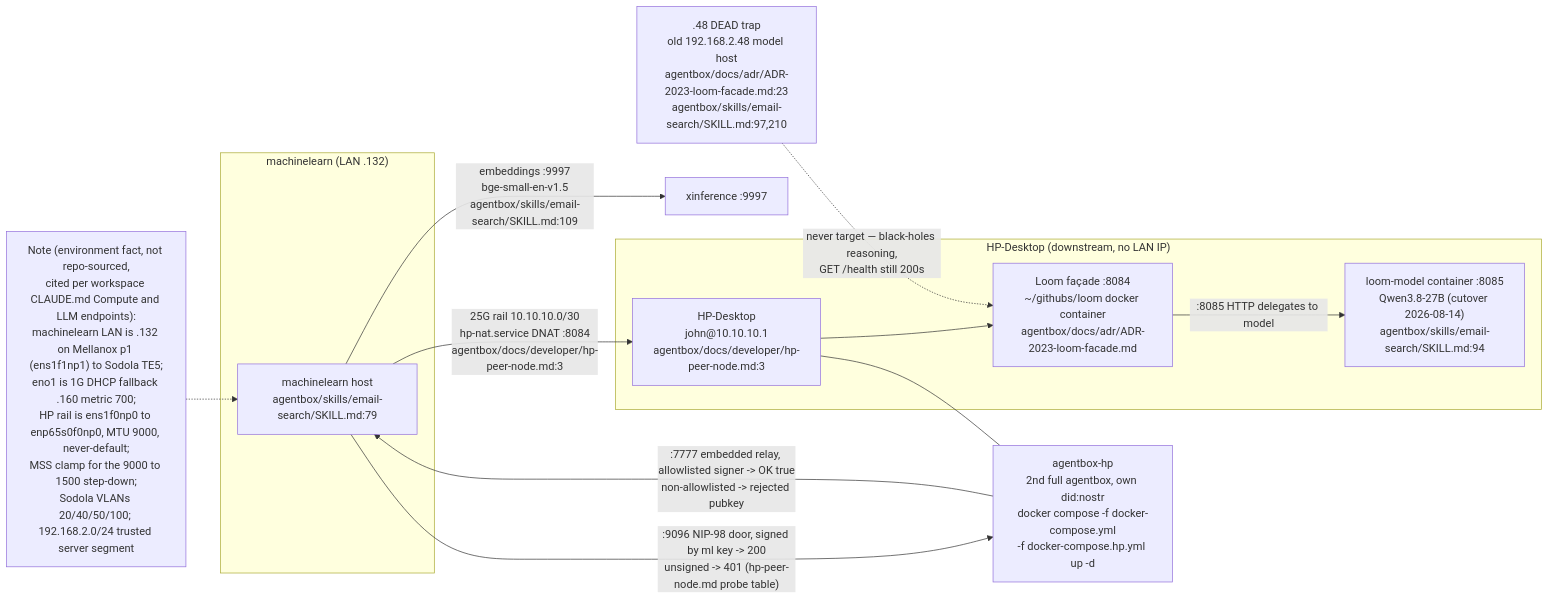
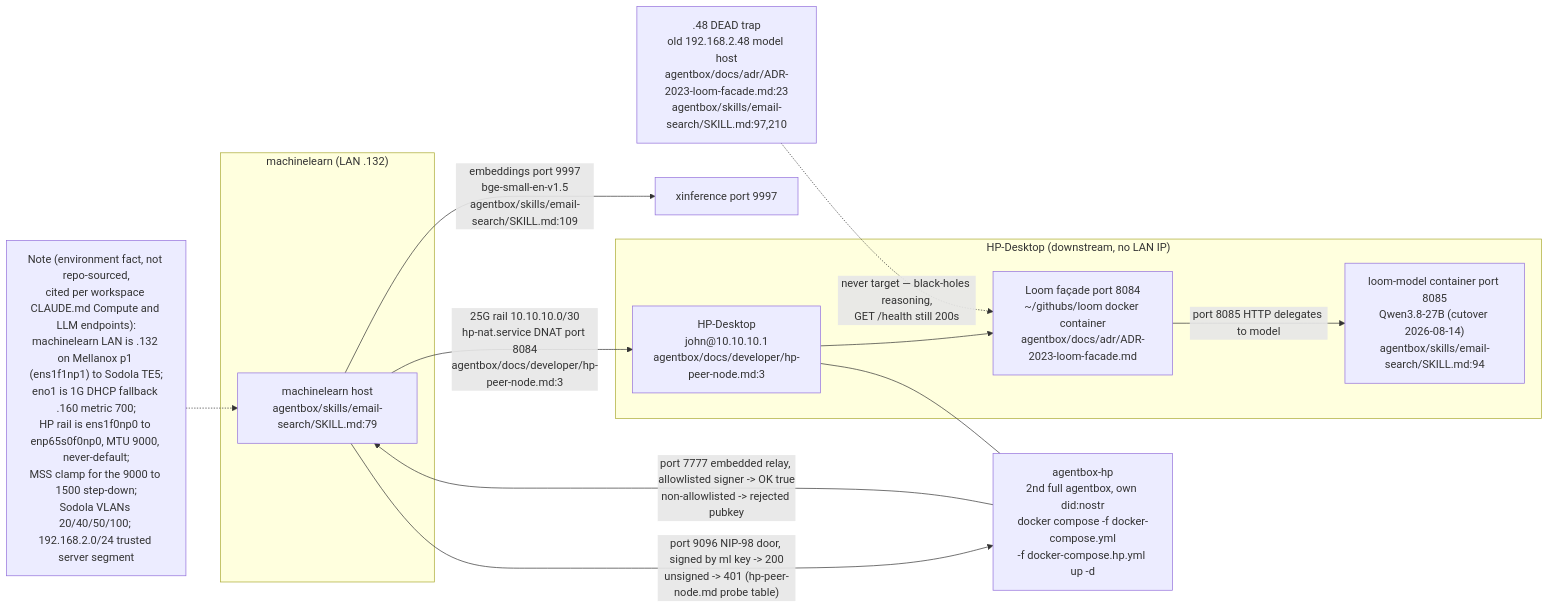
Before and after one commit to DreamLab-AI/VisionFlow: the second of 6 diagrams in docs/diagrams/estate/01-estate-topology.md, drawn with Mermaid. The commit also changed other lines of this file and 51 other files, not shown here.

First line of the commit message:
docs(diagrams): agentbox AB-01..13 re-attested anchor by anchor (980 anchors, 22 defects); checkpoint against an out-of-mesh writer

````diff
--- a/docs/diagrams/estate/01-estate-topology.md
+++ b/docs/diagrams/estate/01-estate-topology.md
@@ -83,26 +83,26 @@
 ```mermaid
 flowchart LR
     subgraph ML["machinelearn (LAN .132)"]
         MLHOST["machinelearn host<br/>agentbox/skills/email-search/SKILL.md:79"]
     end
     subgraph HP["HP-Desktop (downstream, no LAN IP)"]
         HPHOST["HP-Desktop<br/>john@10.10.10.1<br/>agentbox/docs/developer/hp-peer-node.md:3"]
-        LOOMFACADE["Loom façade :8084<br/>~/githubs/loom docker container<br/>agentbox/docs/adr/ADR-2023-loom-facade.md"]
-        LOOMMODEL["loom-model container :8085<br/>Qwen3.8-27B (cutover 2026-08-14)<br/>agentbox/skills/email-search/SKILL.md:94"]
+        LOOMFACADE["Loom façade port 8084<br/>~/githubs/loom docker container<br/>agentbox/docs/adr/ADR-2023-loom-facade.md"]
+        LOOMMODEL["loom-model container port 8085<br/>Qwen3.8-27B (cutover 2026-08-14)<br/>agentbox/skills/email-search/SKILL.md:94"]
     end
-    MLHOST -->|"25G rail 10.10.10.0/30<br/>hp-nat.service DNAT :8084<br/>agentbox/docs/developer/hp-peer-node.md:3"| HPHOST
+    MLHOST -->|"25G rail 10.10.10.0/30<br/>hp-nat.service DNAT port 8084<br/>agentbox/docs/developer/hp-peer-node.md:3"| HPHOST
     HPHOST --> LOOMFACADE
-    LOOMFACADE -->|":8085 HTTP delegates to model"| LOOMMODEL
-    MLHOST -->|"embeddings :9997<br/>bge-small-en-v1.5<br/>agentbox/skills/email-search/SKILL.md:109"| XINF["xinference :9997"]
+    LOOMFACADE -->|"port 8085 HTTP delegates to model"| LOOMMODEL
+    MLHOST -->|"embeddings port 9997<br/>bge-small-en-v1.5<br/>agentbox/skills/email-search/SKILL.md:109"| XINF["xinference port 9997"]
 
     DEAD[".48 DEAD trap<br/>old 192.168.2.48 model host<br/>agentbox/docs/adr/ADR-2023-loom-facade.md:23<br/>agentbox/skills/email-search/SKILL.md:97,210"]
     DEAD -.->|"never target — black-holes reasoning,<br/>GET /health still 200s"| LOOMFACADE
 
     MESHNODE["agentbox-hp<br/>2nd full agentbox, own did:nostr<br/>docker compose -f docker-compose.yml<br/>-f docker-compose.hp.yml up -d"]
     HPHOST --- MESHNODE
-    MLHOST -->|":9096 NIP-98 door, signed by ml key -> 200<br/>unsigned -> 401 (hp-peer-node.md probe table)"| MESHNODE
-    MESHNODE -->|":7777 embedded relay, allowlisted signer -> OK true<br/>non-allowlisted -> rejected pubkey"| MLHOST
+    MLHOST -->|"port 9096 NIP-98 door, signed by ml key -> 200<br/>unsigned -> 401 (hp-peer-node.md probe table)"| MESHNODE
+    MESHNODE -->|"port 7777 embedded relay, allowlisted signer -> OK true<br/>non-allowlisted -> rejected pubkey"| MLHOST
 
     NOTEENV["Note (environment fact, not repo-sourced,<br/>cited per workspace CLAUDE.md Compute and LLM endpoints):<br/>machinelearn LAN is .132 on Mellanox p1 (ens1f1np1) to Sodola TE5;<br/>eno1 is 1G DHCP fallback .160 metric 700;<br/>HP rail is ens1f0np0 to enp65s0f0np0, MTU 9000, never-default;<br/>MSS clamp for the 9000 to 1500 step-down;<br/>Sodola VLANs 20/40/50/100; 192.168.2.0/24 trusted server segment"]
     NOTEENV -.-> MLHOST
 ```
````
